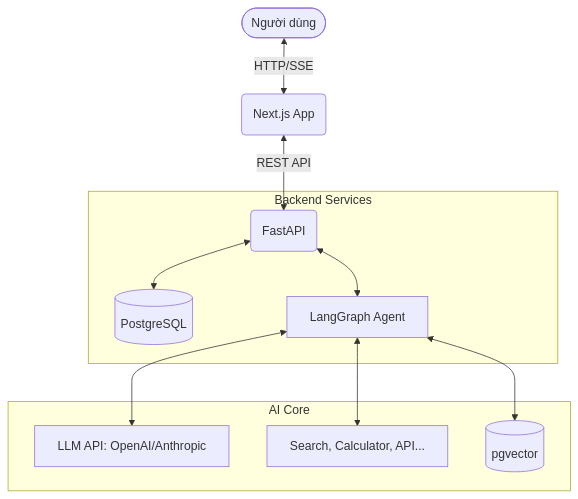
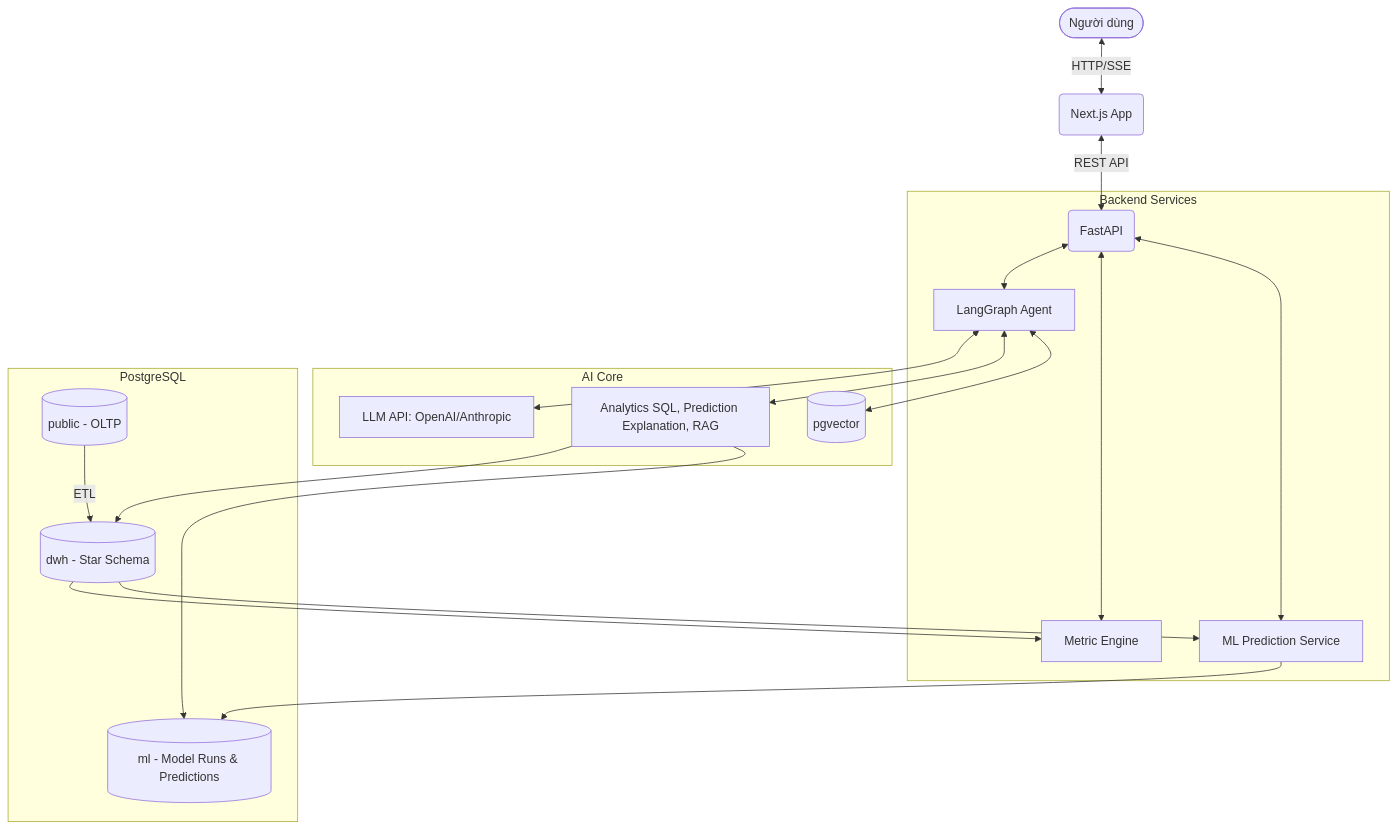
Before and after one commit to ritvien/-Learning-Analytics-AI: the first of 2 diagrams in docs/10-References/SystemArchitecture.md, drawn with Mermaid. The commit also changed other lines of this file and 45 other files, not shown here.

Commit message:
feat: establish backend database baseline and analytics docs

````diff
--- a/docs/10-References/SystemArchitecture.md
+++ b/docs/10-References/SystemArchitecture.md
@@ -12,16 +14,30 @@
 ```mermaid
-graph TD
+flowchart TD
     User([Người dùng]) <--> |HTTP/SSE| Frontend(Next.js App)
     Frontend <--> |REST API| Backend(FastAPI)
     
     subgraph "Backend Services"
-        Backend <--> DB[(PostgreSQL)]
         Backend <--> Agent[LangGraph Agent]
+        Backend <--> Metric[Metric Engine]
+        Backend <--> Prediction[ML Prediction Service]
     end
     
     subgraph "AI Core"
         Agent <--> LLM[LLM API: OpenAI/Anthropic]
-        Agent <--> Tools[Search, Calculator, API...]
+        Agent <--> Tools[Analytics SQL, Prediction Explanation, RAG]
         Agent <--> VectorDB[(pgvector)]
     end
+
+    subgraph "PostgreSQL"
+        OLTP[(public - OLTP)]
+        DWH[(dwh - Star Schema)]
+        ML[(ml - Model Runs & Predictions)]
+    end
+
+    OLTP -->|ETL| DWH
+    DWH --> Metric
+    DWH --> Prediction
+    Prediction --> ML
+    Tools --> DWH
+    Tools --> ML
 ```
````
